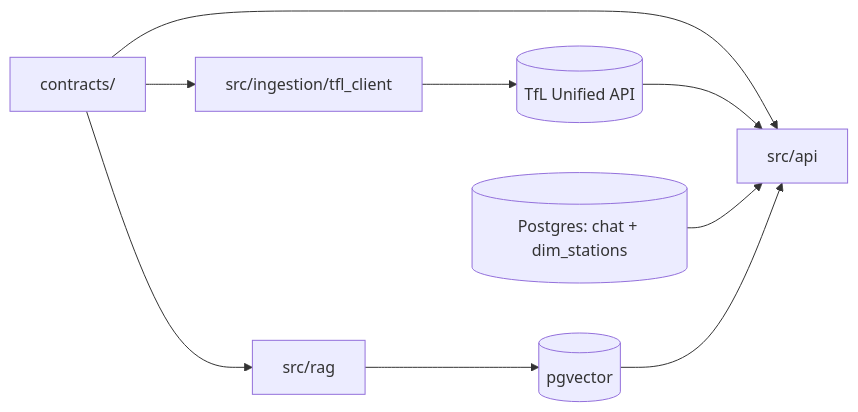
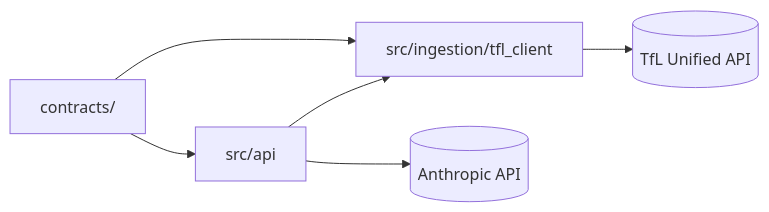
The diagram in src/README.md (hcslomeu/tfl-monitor), drawn with Mermaid before and after one commit. The commit also changed other lines of this file and 140 other files, not shown here.

First line of the commit message:
contract: move API to Vercel, drop RAG, Postgres and Bedrock (TM-36) (#252)

````diff
--- a/src/README.md
+++ b/src/README.md
@@ -15,11 +15,8 @@
 ```mermaid
 flowchart LR
     CONTRACTS[contracts/] --> API[src/api]
-    CONTRACTS --> RAG[src/rag]
     CONTRACTS --> TFLC[src/ingestion/tfl_client]
     TFLC --> TFL[(TfL Unified API)]
-    TFL --> API
-    PG[("Postgres: chat + dim_stations")] --> API
-    RAG --> PGVEC[(pgvector)]
-    PGVEC --> API
+    API --> TFLC
+    API --> CLAUDE[(Anthropic API)]
 ```
````
